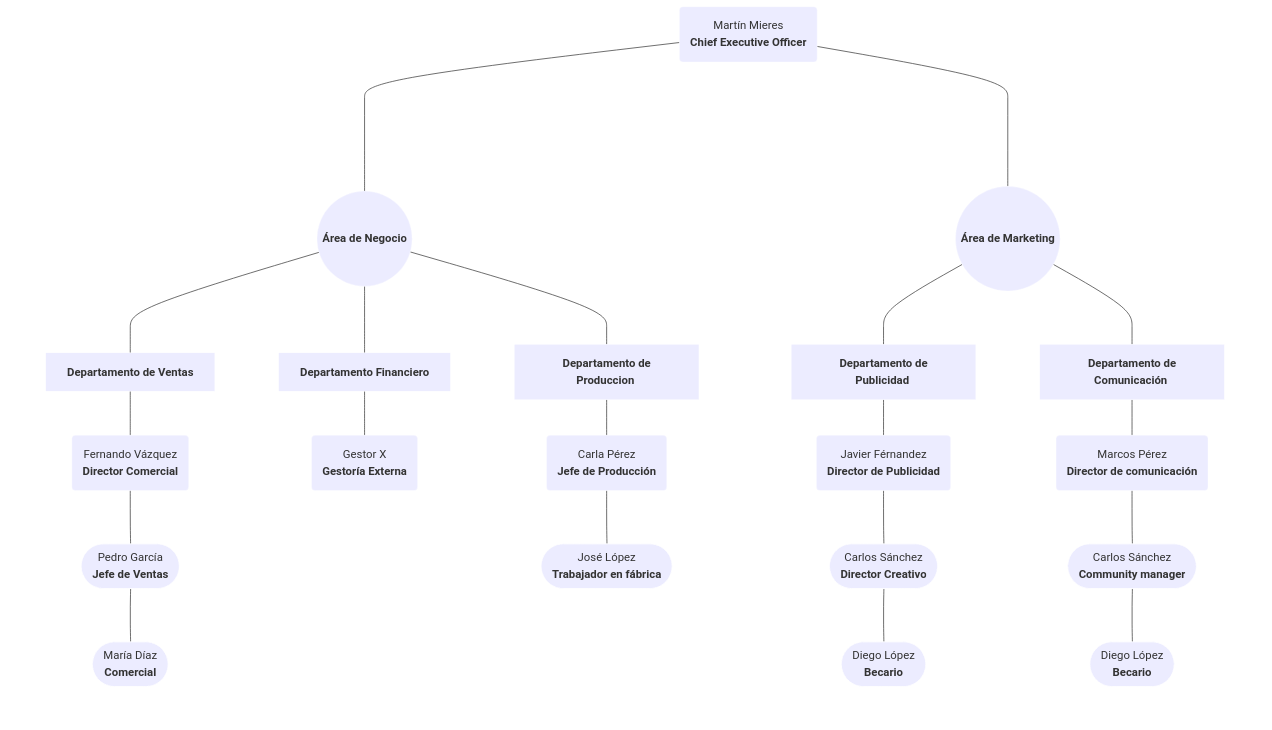
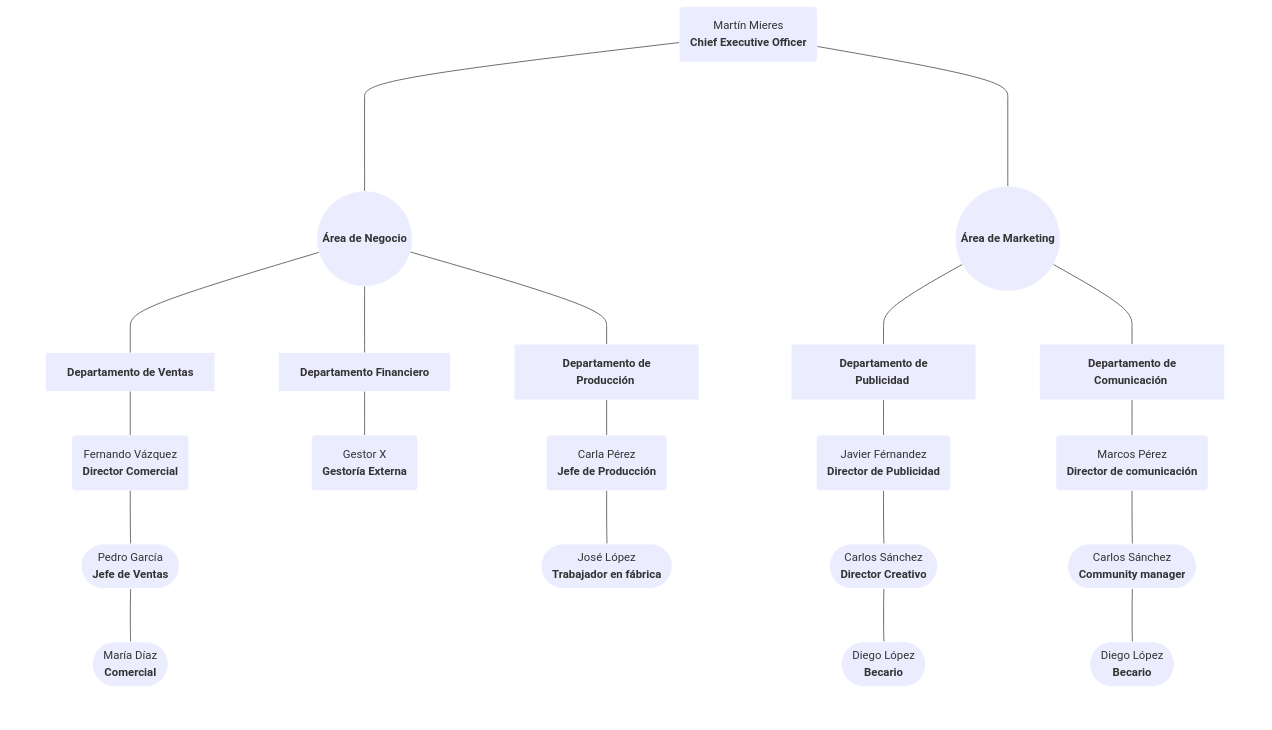
The diagram in README.md (MiguelEstebanG/diagram), drawn with Mermaid before and after one commit.

```diff
--- a/README.md
+++ b/README.md
@@ -106,7 +106,7 @@
         areaDeNegocio((<b> Área de Negocio </b>));
 
         subgraph departamentoDeProduccion[ ]
-            dptoProduccion[<b> Departamento de Produccion </b>];
+            dptoProduccion[<b> Departamento de Producción </b>];
             jefeDeProduccion(Carla Pérez <br><b> Jefe de Producción </b></br>);
             trabajador([José López <br><b> Trabajador en fábrica </b></br>]);
         end
```
